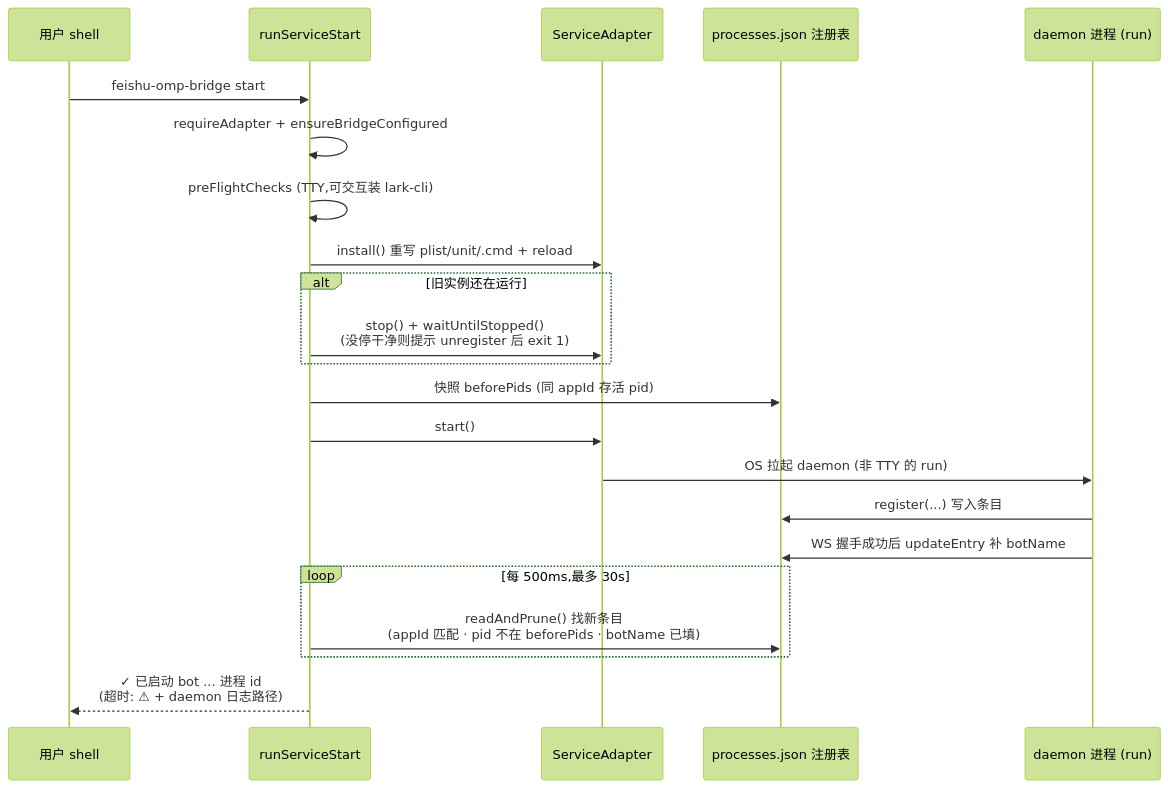
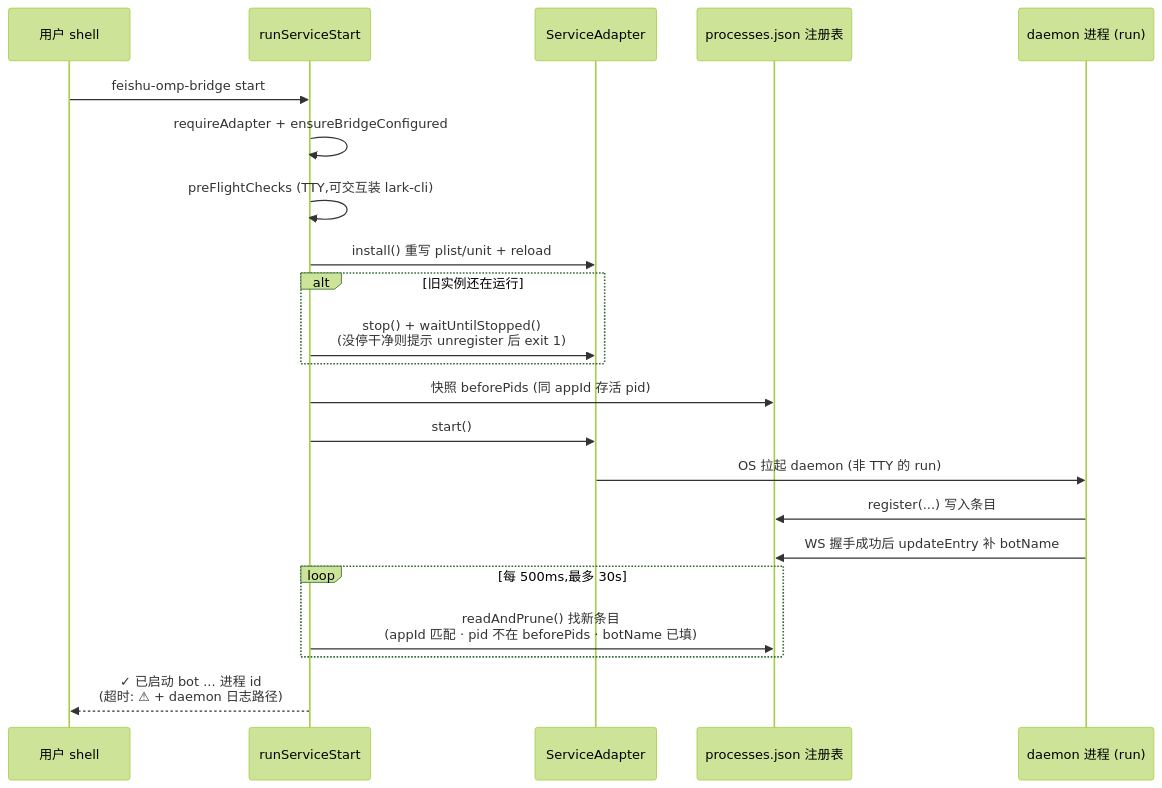
Before and after one commit to sorphwer/feishu-omp-bridge: the third of 4 diagrams in how-it-works/11-daemon-cli-runtime.md, drawn with Mermaid (forest theme). The commit also changed other lines of this file and 15 other files, not shown here.

````diff
--- a/how-it-works/11-daemon-cli-runtime.md
+++ b/how-it-works/11-daemon-cli-runtime.md
@@ -88,24 +86,24 @@
 ```mermaid
 sequenceDiagram
   participant U as 用户 shell
   participant S as runServiceStart
   participant A as ServiceAdapter
   participant R as processes.json 注册表
   participant D as daemon 进程 (run)
   U->>S: feishu-omp-bridge start
   S->>S: requireAdapter + ensureBridgeConfigured
   S->>S: preFlightChecks (TTY,可交互装 lark-cli)
-  S->>A: install() 重写 plist/unit/.cmd + reload
+  S->>A: install() 重写 plist/unit + reload
   alt 旧实例还在运行
     S->>A: stop() + waitUntilStopped()<br/>(没停干净则提示 unregister 后 exit 1)
   end
   S->>R: 快照 beforePids (同 appId 存活 pid)
   S->>A: start()
   A->>D: OS 拉起 daemon (非 TTY 的 run)
   D->>R: register(...) 写入条目
   D->>R: WS 握手成功后 updateEntry 补 botName
   loop 每 500ms,最多 30s
     S->>R: readAndPrune() 找新条目<br/>(appId 匹配 · pid 不在 beforePids · botName 已填)
   end
   S-->>U: ✓ 已启动 bot ... 进程 id<br/>(超时: ⚠ + daemon 日志路径)
 ```
````
